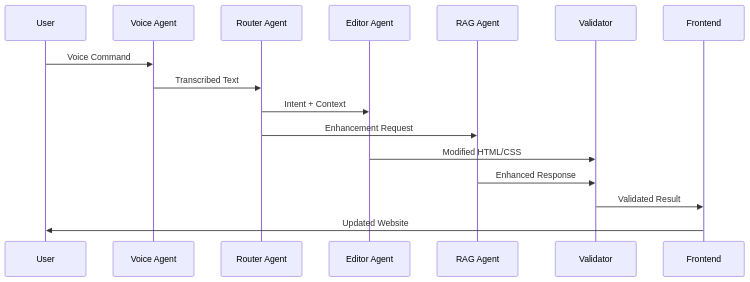
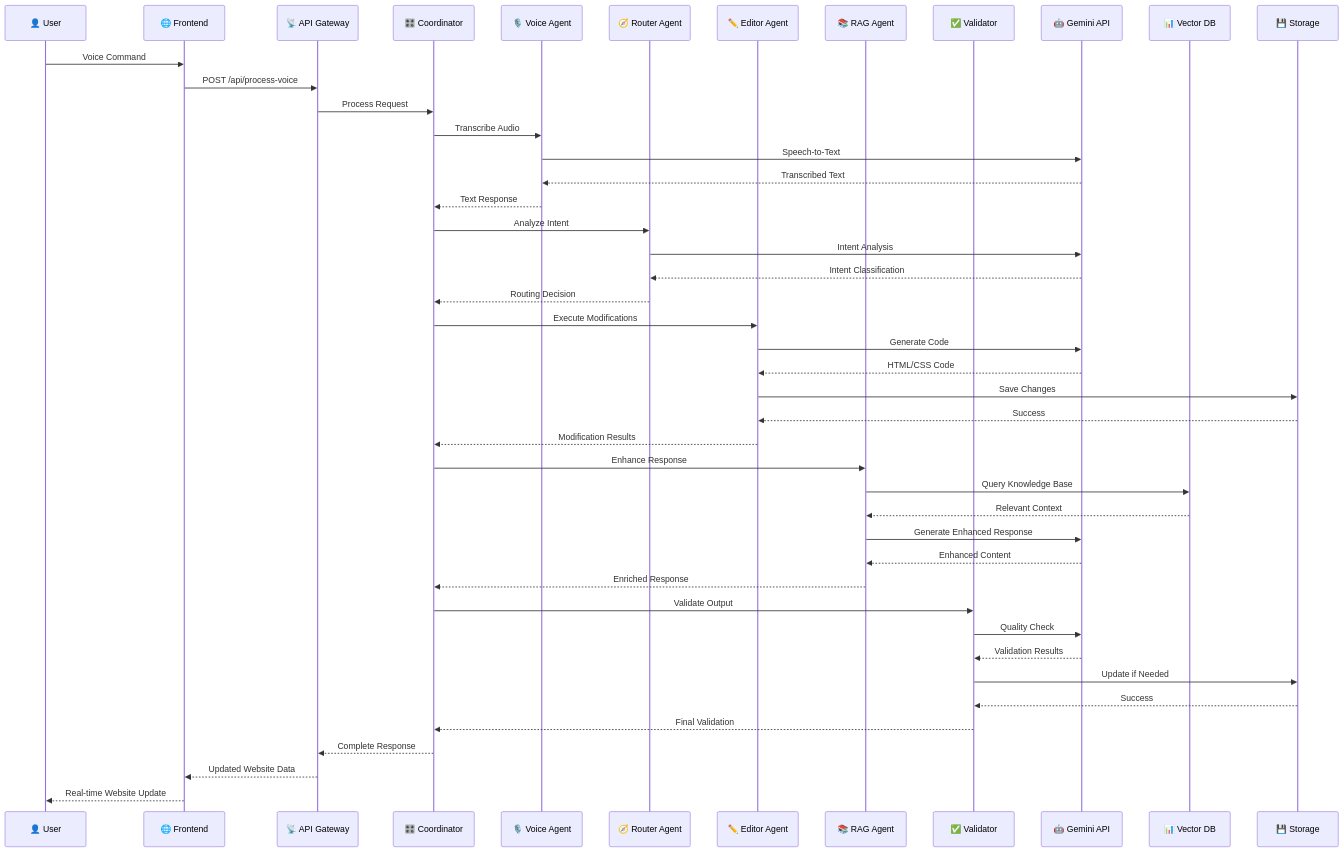
Before and after one commit to NithishKumarsl786snsihub/Agentic_Al_Workshop: the fifth of 5 diagrams in Day-10/Final Hackathon/README.md, drawn with Mermaid. The commit also changed other lines of this file and 5 other files, not shown here.

````diff
--- a/Day-10/Final Hackathon/README.md
+++ b/Day-10/Final Hackathon/README.md
@@ -206,19 +638,54 @@
 ```mermaid
 sequenceDiagram
-    participant U as User
-    participant V as Voice Agent
-    participant R as Router Agent
-    participant E as Editor Agent
-    participant RAG as RAG Agent
-    participant Val as Validator
-    participant UI as Frontend
+    participant User as 👤 User
+    participant FE as 🌐 Frontend
+    participant API as 📡 API Gateway
+    participant Coord as 🎛️ Coordinator
+    participant VoiceAgent as 🎙️ Voice Agent
+    participant RouterAgent as 🧭 Router Agent
+    participant EditorAgent as ✏️ Editor Agent
+    participant RAGAgent as 📚 RAG Agent
+    participant ValidatorAgent as ✅ Validator
+    participant Gemini as 🤖 Gemini API
+    participant VectorDB as 📊 Vector DB
+    participant Storage as 💾 Storage
     
-    U->>V: Voice Command
-    V->>R: Transcribed Text
-    R->>E: Intent + Context
-    R->>RAG: Enhancement Request
-    E->>Val: Modified HTML/CSS
-    RAG->>Val: Enhanced Response
-    Val->>UI: Validated Result
-    UI->>U: Updated Website
+    User->>FE: Voice Command
+    FE->>API: POST /api/process-voice
+    API->>Coord: Process Request
+    
+    Coord->>VoiceAgent: Transcribe Audio
+    VoiceAgent->>Gemini: Speech-to-Text
+    Gemini-->>VoiceAgent: Transcribed Text
+    VoiceAgent-->>Coord: Text Response
+    
+    Coord->>RouterAgent: Analyze Intent
+    RouterAgent->>Gemini: Intent Analysis
+    Gemini-->>RouterAgent: Intent Classification
+    RouterAgent-->>Coord: Routing Decision
+    
+    Coord->>EditorAgent: Execute Modifications
+    EditorAgent->>Gemini: Generate Code
+    Gemini-->>EditorAgent: HTML/CSS Code
+    EditorAgent->>Storage: Save Changes
+    Storage-->>EditorAgent: Success
+    EditorAgent-->>Coord: Modification Results
+    
+    Coord->>RAGAgent: Enhance Response
+    RAGAgent->>VectorDB: Query Knowledge Base
+    VectorDB-->>RAGAgent: Relevant Context
+    RAGAgent->>Gemini: Generate Enhanced Response
+    Gemini-->>RAGAgent: Enhanced Content
+    RAGAgent-->>Coord: Enriched Response
+    
+    Coord->>ValidatorAgent: Validate Output
+    ValidatorAgent->>Gemini: Quality Check
+    Gemini-->>ValidatorAgent: Validation Results
+    ValidatorAgent->>Storage: Update if Needed
+    Storage-->>ValidatorAgent: Success
+    ValidatorAgent-->>Coord: Final Validation
+    
+    Coord-->>API: Complete Response
+    API-->>FE: Updated Website Data
+    FE-->>User: Real-time Website Update
 ```
````
